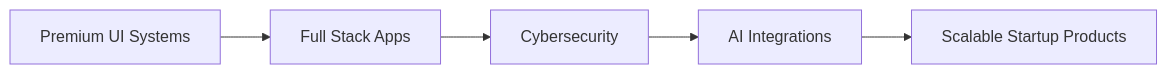
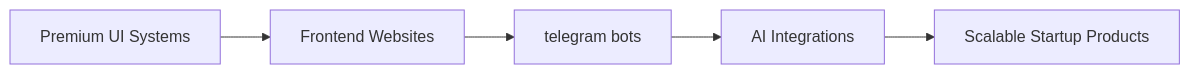
The diagram in README.md (mudassir131-dev/mudassir-dev), drawn with Mermaid before and after one commit. The commit also changed other lines of this file, not shown here.

````diff
--- a/README.md
+++ b/README.md
@@ -118,8 +115,8 @@
 ```mermaid
 graph LR
 
-A[Premium UI Systems] --> B[Full Stack Apps]
-B --> C[Cybersecurity]
+A[Premium UI Systems] --> B[Frontend Websites]
+B --> C[telegram bots]
 C --> D[AI Integrations]
 D --> E[Scalable Startup Products]
 ```
````
